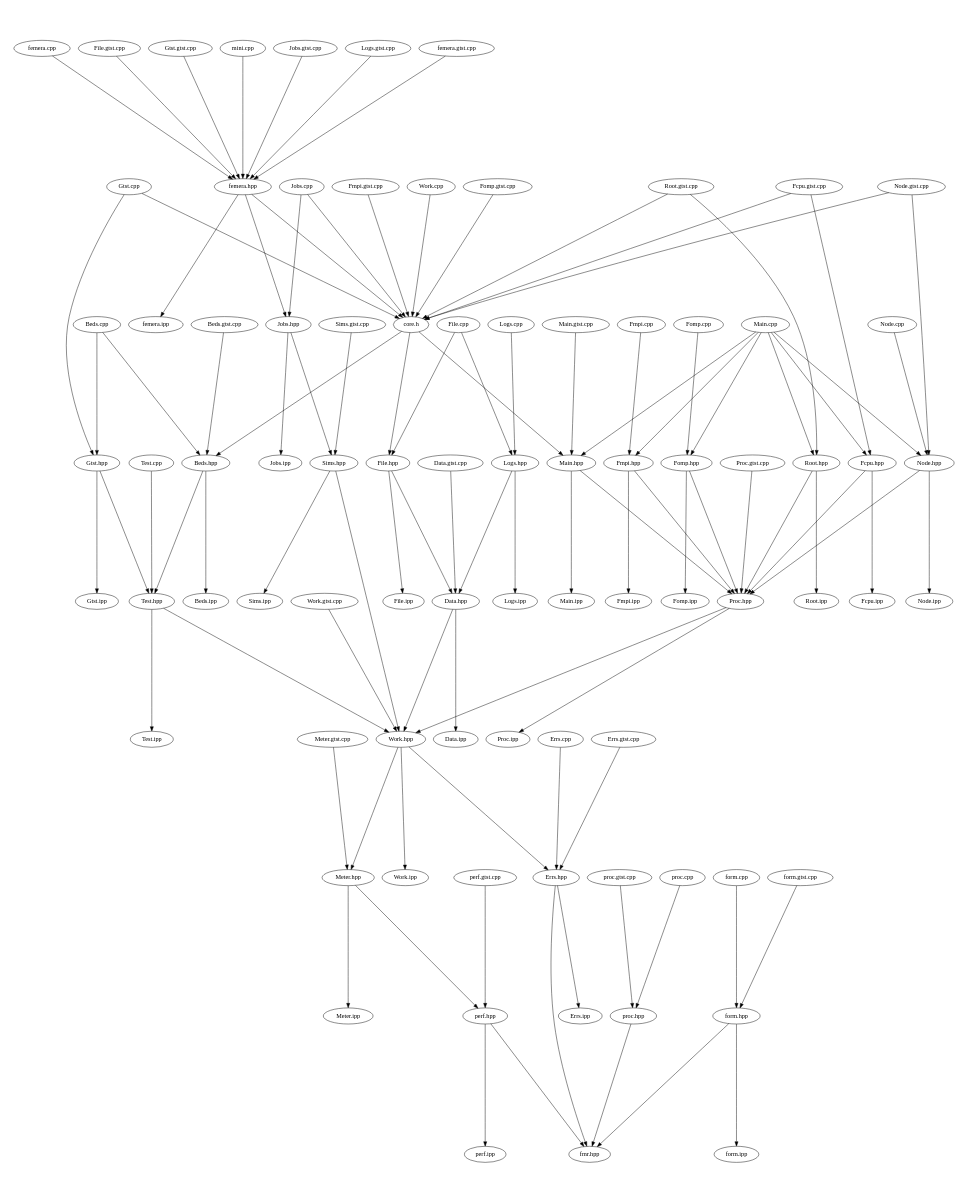
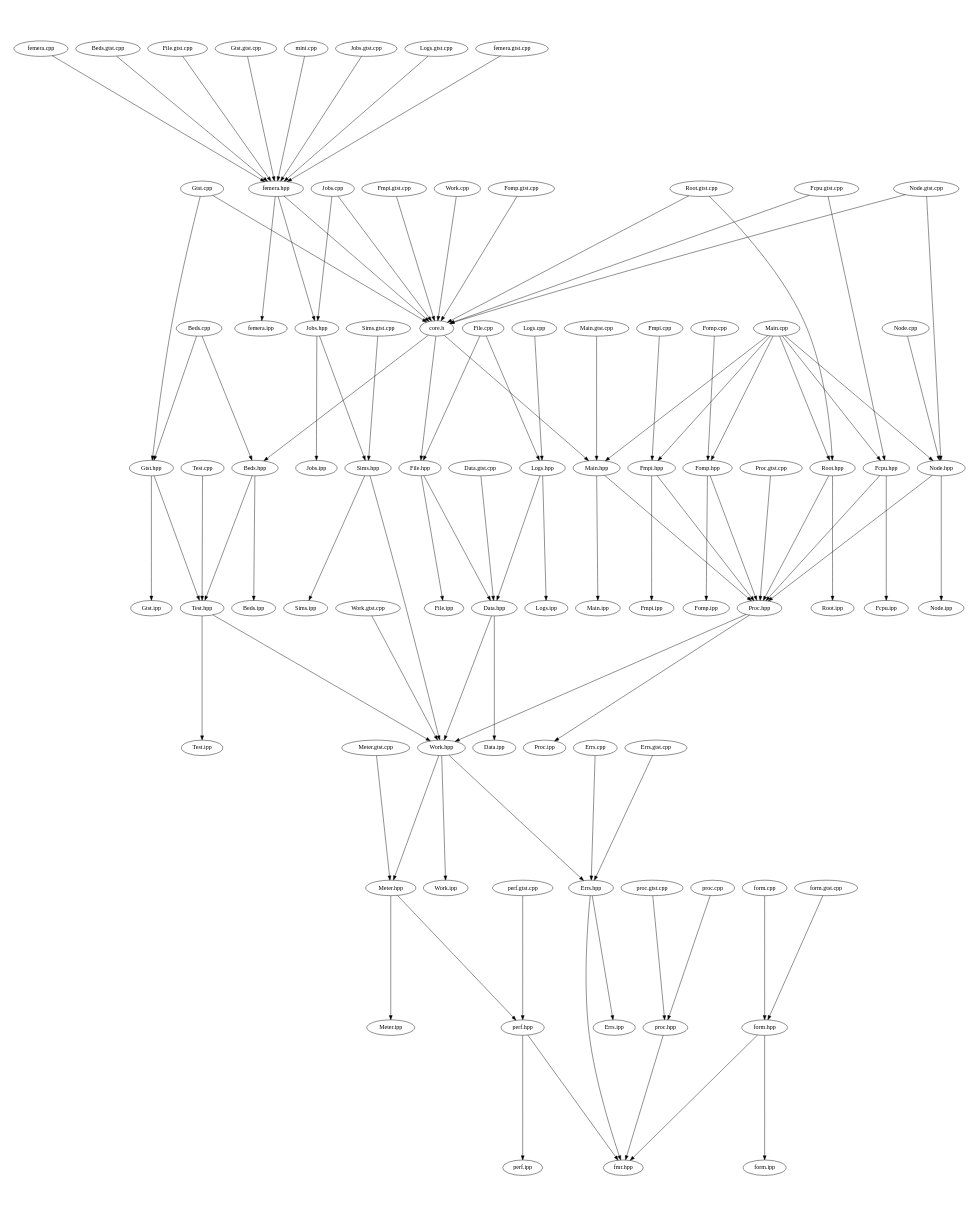
The diagram in src/docs/src.dot (waggyz/femera-mini-app), drawn with Graphviz before and after one commit. The commit also changed 8 other files, not shown here.

```diff
--- a/src/docs/src.dot
+++ b/src/docs/src.dot
@@ -1,105 +1,105 @@
 digraph "source tree" {
     overlap=scale;
     size="8,10";
     ratio="fill";
     fontsize="16";
     fontname="Helvetica";
 	clusterrank="local";
 	"Gtst.cpp" -> "core.h"
 	"femera.hpp" -> "Jobs.hpp"
 	"Meter.hpp" -> "perf.hpp"
 	"Main.cpp" -> "Fomp.hpp"
 	"Fmpi.gtst.cpp" -> "core.h"
 	"Sims.hpp" -> "Work.hpp"
 	"proc.gtst.cpp" -> "proc.hpp"
 	"Errs.cpp" -> "Errs.hpp"
 	"femera.cpp" -> "femera.hpp"
 	"Work.hpp" -> "Errs.hpp"
 	"Fmpi.hpp" -> "Fmpi.ipp"
 	"Sims.hpp" -> "Sims.ipp"
 	"Jobs.hpp" -> "Jobs.ipp"
 	"Fomp.cpp" -> "Fomp.hpp"
 	"Logs.cpp" -> "Logs.hpp"
 	"proc.hpp" -> "fmr.hpp"
 	"Root.hpp" -> "Proc.hpp"
 	"Main.cpp" -> "Node.hpp"
 	"Main.cpp" -> "Main.hpp"
 	"Proc.hpp" -> "Proc.ipp"
 	"Beds.cpp" -> "Gtst.hpp"
 	"Node.cpp" -> "Node.hpp"
 	"Main.cpp" -> "Fmpi.hpp"
 	"core.h" -> "Main.hpp"
 	"Main.cpp" -> "Fcpu.hpp"
 	"Work.cpp" -> "core.h"
 	"perf.hpp" -> "fmr.hpp"
-	"Beds.gtst.cpp" -> "Beds.hpp"
 	"Data.hpp" -> "Data.ipp"
 	"Proc.gtst.cpp" -> "Proc.hpp"
 	"Work.hpp" -> "Work.ipp"
 	"Fmpi.hpp" -> "Proc.hpp"
 	"Test.hpp" -> "Work.hpp"
 	"Node.hpp" -> "Node.ipp"
 	"form.hpp" -> "form.ipp"
 	"Gtst.cpp" -> "Gtst.hpp"
 	"femera.hpp" -> "femera.ipp"
 	"Root.gtst.cpp" -> "Root.hpp"
 	"Main.gtst.cpp" -> "Main.hpp"
 	"Fcpu.hpp" -> "Proc.hpp"
 	"Work.gtst.cpp" -> "Work.hpp"
 	"Node.gtst.cpp" -> "Node.hpp"
 	"Fomp.hpp" -> "Proc.hpp"
 	"File.hpp" -> "File.ipp"
 	"Meter.hpp" -> "Meter.ipp"
+	"Beds.gtst.cpp" -> "femera.hpp"
 	"core.h" -> "File.hpp"
 	"Fomp.hpp" -> "Fomp.ipp"
 	"Logs.hpp" -> "Data.hpp"
 	"Gtst.hpp" -> "Gtst.ipp"
 	"Sims.gtst.cpp" -> "Sims.hpp"
 	"Fomp.gtst.cpp" -> "core.h"
 	"form.cpp" -> "form.hpp"
 	"File.cpp" -> "File.hpp"
 	"perf.hpp" -> "perf.ipp"
 	"proc.cpp" -> "proc.hpp"
 	"Fmpi.cpp" -> "Fmpi.hpp"
 	"File.cpp" -> "Logs.hpp"
 	"core.h" -> "Beds.hpp"
 	"Errs.hpp" -> "fmr.hpp"
 	"Fcpu.hpp" -> "Fcpu.ipp"
 	"perf.gtst.cpp" -> "perf.hpp"
 	"Root.hpp" -> "Root.ipp"
 	"Errs.hpp" -> "Errs.ipp"
 	"Main.hpp" -> "Main.ipp"
 	"Node.gtst.cpp" -> "core.h"
 	"Root.gtst.cpp" -> "core.h"
 	"Test.cpp" -> "Test.hpp"
 	"Beds.cpp" -> "Beds.hpp"
 	"Node.hpp" -> "Proc.hpp"
 	"Fcpu.gtst.cpp" -> "core.h"
 	"Main.cpp" -> "Root.hpp"
 	"Jobs.hpp" -> "Sims.hpp"
 	"Jobs.cpp" -> "Jobs.hpp"
 	"Logs.hpp" -> "Logs.ipp"
 	"File.gtst.cpp" -> "femera.hpp"
 	"Data.gtst.cpp" -> "Data.hpp"
 	"File.hpp" -> "Data.hpp"
 	"form.gtst.cpp" -> "form.hpp"
 	"Gtst.gtst.cpp" -> "femera.hpp"
 	"mini.cpp" -> "femera.hpp"
 	"Meter.gtst.cpp" -> "Meter.hpp"
 	"Beds.hpp" -> "Test.hpp"
 	"Proc.hpp" -> "Work.hpp"
 	"form.hpp" -> "fmr.hpp"
 	"Jobs.gtst.cpp" -> "femera.hpp"
 	"Gtst.hpp" -> "Test.hpp"
 	"Logs.gtst.cpp" -> "femera.hpp"
 	"Data.hpp" -> "Work.hpp"
 	"Fcpu.gtst.cpp" -> "Fcpu.hpp"
 	"Beds.hpp" -> "Beds.ipp"
 	"femera.hpp" -> "core.h"
 	"Jobs.cpp" -> "core.h"
 	"Work.hpp" -> "Meter.hpp"
 	"Errs.gtst.cpp" -> "Errs.hpp"
 	"femera.gtst.cpp" -> "femera.hpp"
 	"Main.hpp" -> "Proc.hpp"
 	"Test.hpp" -> "Test.ipp"
 }
```
